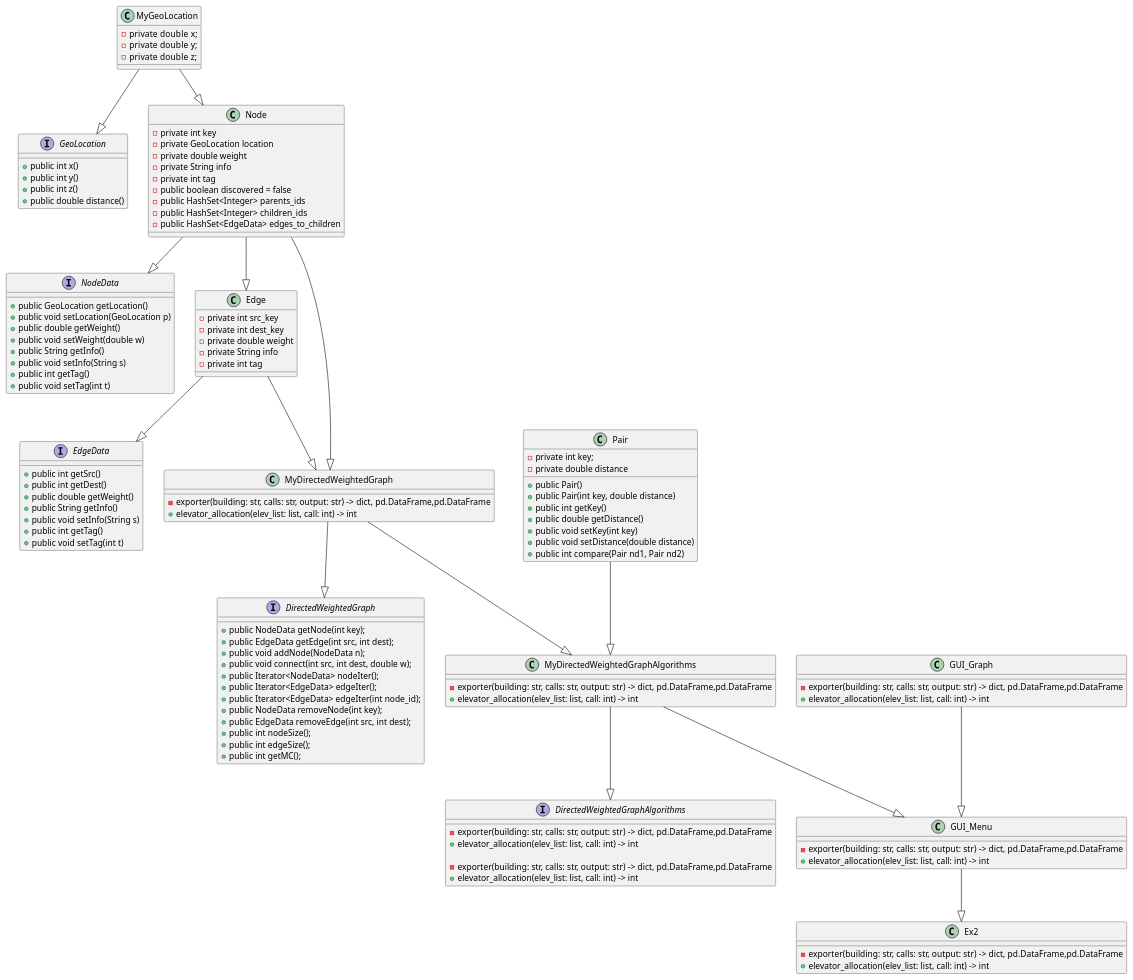
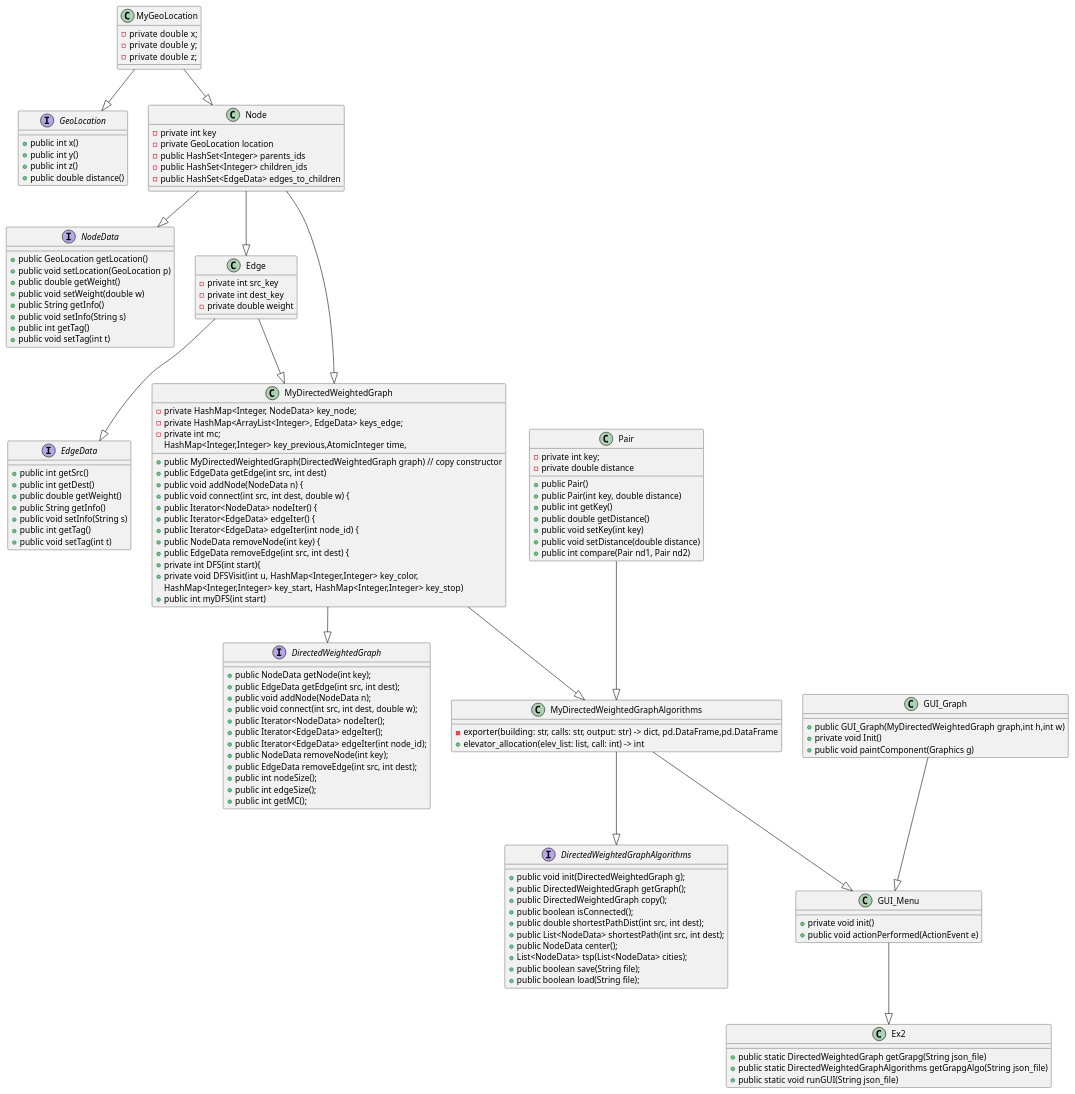
Before and after one commit to haimgoldfisher/OOP_Ex2: the diagram in diagram.puml, drawn with PlantUML. The commit also changed 2 other files, not shown here.

```diff
--- a/diagram.puml
+++ b/diagram.puml
@@ -1,158 +1,168 @@
 @startuml
 
 'https://plantuml.com/sequence-diagram
 
 interface GeoLocation
 {
     + public int x()
     + public int y()
     + public int z()
     + public double distance()
 }
 
 class MyGeoLocation
 {
     - private double  x;
     - private double  y;
     - private double  z;
 }
 
 interface NodeData
 {
 	+ public GeoLocation getLocation()
 	+ public void setLocation(GeoLocation p)
 	+ public double getWeight()
 	+ public void setWeight(double w)
 	+ public String getInfo()
 	+ public void setInfo(String s)
 	+ public int getTag()
 	+ public void setTag(int t)
 }
 
 class Node
 {
     - private int key
     - private GeoLocation location
-    - private double weight
-    - private String info
-    - private int tag
-    - public boolean discovered = false
     - public HashSet<Integer> parents_ids
     - public HashSet<Integer> children_ids
     - public HashSet<EdgeData> edges_to_children
 }
 
 interface EdgeData
 {
     + public int getSrc()
     + public int getDest()
     + public double getWeight()
     + public String getInfo()
     + public void setInfo(String s)
     + public int getTag()
     + public void setTag(int t)
 }
 
 class Edge
 {
     - private int src_key
     - private int dest_key
     - private double weight
-    - private String info
-    - private int tag
 }
 
 interface DirectedWeightedGraph
 {
    	+ public NodeData getNode(int key);
    	+ public EdgeData getEdge(int src, int dest);
    	+ public void addNode(NodeData n);
    	+ public void connect(int src, int dest, double w);
    	+ public Iterator<NodeData> nodeIter();
    	+ public Iterator<EdgeData> edgeIter();
    	+ public Iterator<EdgeData> edgeIter(int node_id);
    	+ public NodeData removeNode(int key);
    	+ public EdgeData removeEdge(int src, int dest);
    	+ public int nodeSize();
     + public int edgeSize();
     + public int getMC();
 }
 
 class MyDirectedWeightedGraph
 {
-    - exporter(building: str, calls: str, output: str) -> dict, pd.DataFrame,pd.DataFrame
-    + elevator_allocation(elev_list: list, call: int) -> int
-
+     - private HashMap<Integer, NodeData> key_node;
+     - private HashMap<ArrayList<Integer>, EdgeData> keys_edge;
+     - private int mc;
+     + public MyDirectedWeightedGraph(DirectedWeightedGraph graph) // copy constructor
+     + public EdgeData getEdge(int src, int dest)
+     + public void addNode(NodeData n) {
+     + public void connect(int src, int dest, double w) {
+     + public Iterator<NodeData> nodeIter() {
+     + public Iterator<EdgeData> edgeIter() {
+     + public Iterator<EdgeData> edgeIter(int node_id) {
+     + public NodeData removeNode(int key) {
+     + public EdgeData removeEdge(int src, int dest) {
+     + private int DFS(int start){
+     + private void DFSVisit(int u, HashMap<Integer,Integer> key_color,
+      HashMap<Integer,Integer> key_previous,AtomicInteger time,
+       HashMap<Integer,Integer> key_start,  HashMap<Integer,Integer> key_stop)
+     + public int myDFS(int start)
 }
 
 class Pair
 {
     - private int key;
     - private double distance
     + public Pair()
     + public Pair(int key, double distance)
     + public int getKey()
     + public double getDistance()
     + public void setKey(int key)
     + public void setDistance(double distance)
     + public int compare(Pair nd1, Pair nd2)
-
 }
 
 interface DirectedWeightedGraphAlgorithms
 {
-    - exporter(building: str, calls: str, output: str) -> dict, pd.DataFrame,pd.DataFrame
-    + elevator_allocation(elev_list: list, call: int) -> int
-
-}
-
-interface DirectedWeightedGraphAlgorithms
-{
-    - exporter(building: str, calls: str, output: str) -> dict, pd.DataFrame,pd.DataFrame
-    + elevator_allocation(elev_list: list, call: int) -> int
+    + public void init(DirectedWeightedGraph g);
+    + public DirectedWeightedGraph getGraph();
+    + public DirectedWeightedGraph copy();
+    + public boolean isConnected();
+    + public double shortestPathDist(int src, int dest);
+    + public List<NodeData> shortestPath(int src, int dest);
+    + public NodeData center();
+    + List<NodeData> tsp(List<NodeData> cities);
+    + public boolean save(String file);
+    + public boolean load(String file);
 
 }
 
 class MyDirectedWeightedGraphAlgorithms
 {
     - exporter(building: str, calls: str, output: str) -> dict, pd.DataFrame,pd.DataFrame
     + elevator_allocation(elev_list: list, call: int) -> int
 
 }
 
 class GUI_Graph
 {
-    - exporter(building: str, calls: str, output: str) -> dict, pd.DataFrame,pd.DataFrame
-    + elevator_allocation(elev_list: list, call: int) -> int
+    + public GUI_Graph(MyDirectedWeightedGraph graph,int h,int w)
+    + private void Init()
+    + public void paintComponent(Graphics g)
 
 }
 
 class GUI_Menu
 {
-    - exporter(building: str, calls: str, output: str) -> dict, pd.DataFrame,pd.DataFrame
-    + elevator_allocation(elev_list: list, call: int) -> int
+    + private void init()
+    + public void actionPerformed(ActionEvent e)
 }
 
 class Ex2
 {
-    - exporter(building: str, calls: str, output: str) -> dict, pd.DataFrame,pd.DataFrame
-    + elevator_allocation(elev_list: list, call: int) -> int
+    + public static DirectedWeightedGraph getGrapg(String json_file)
+    + public static DirectedWeightedGraphAlgorithms getGrapgAlgo(String json_file)
+    + public static void runGUI(String json_file)
 
 }
 
 MyGeoLocation --|> GeoLocation
 MyGeoLocation --|> Node
 Node --|> NodeData
 Node --|> Edge
 Node --|> MyDirectedWeightedGraph
 Edge --|> EdgeData
 Edge --|> MyDirectedWeightedGraph
 MyDirectedWeightedGraph --|> DirectedWeightedGraph
 MyDirectedWeightedGraph --|> MyDirectedWeightedGraphAlgorithms
 Pair --|> MyDirectedWeightedGraphAlgorithms
 MyDirectedWeightedGraphAlgorithms --|> DirectedWeightedGraphAlgorithms
 MyDirectedWeightedGraphAlgorithms --|> GUI_Menu
 GUI_Graph --|> GUI_Menu
 GUI_Menu --|> Ex2
 
 @enduml
```
